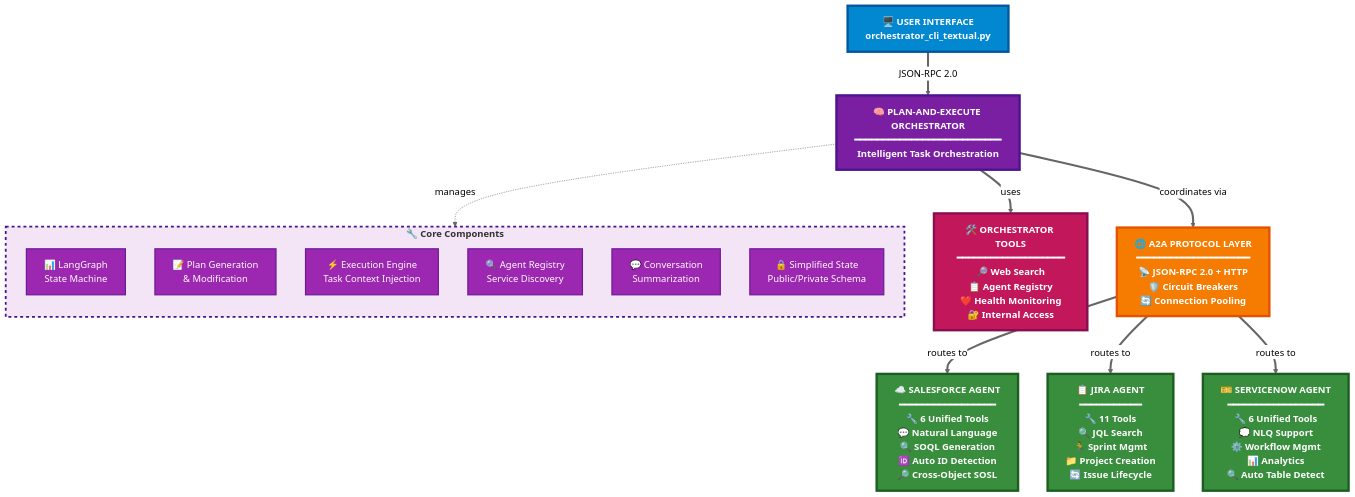
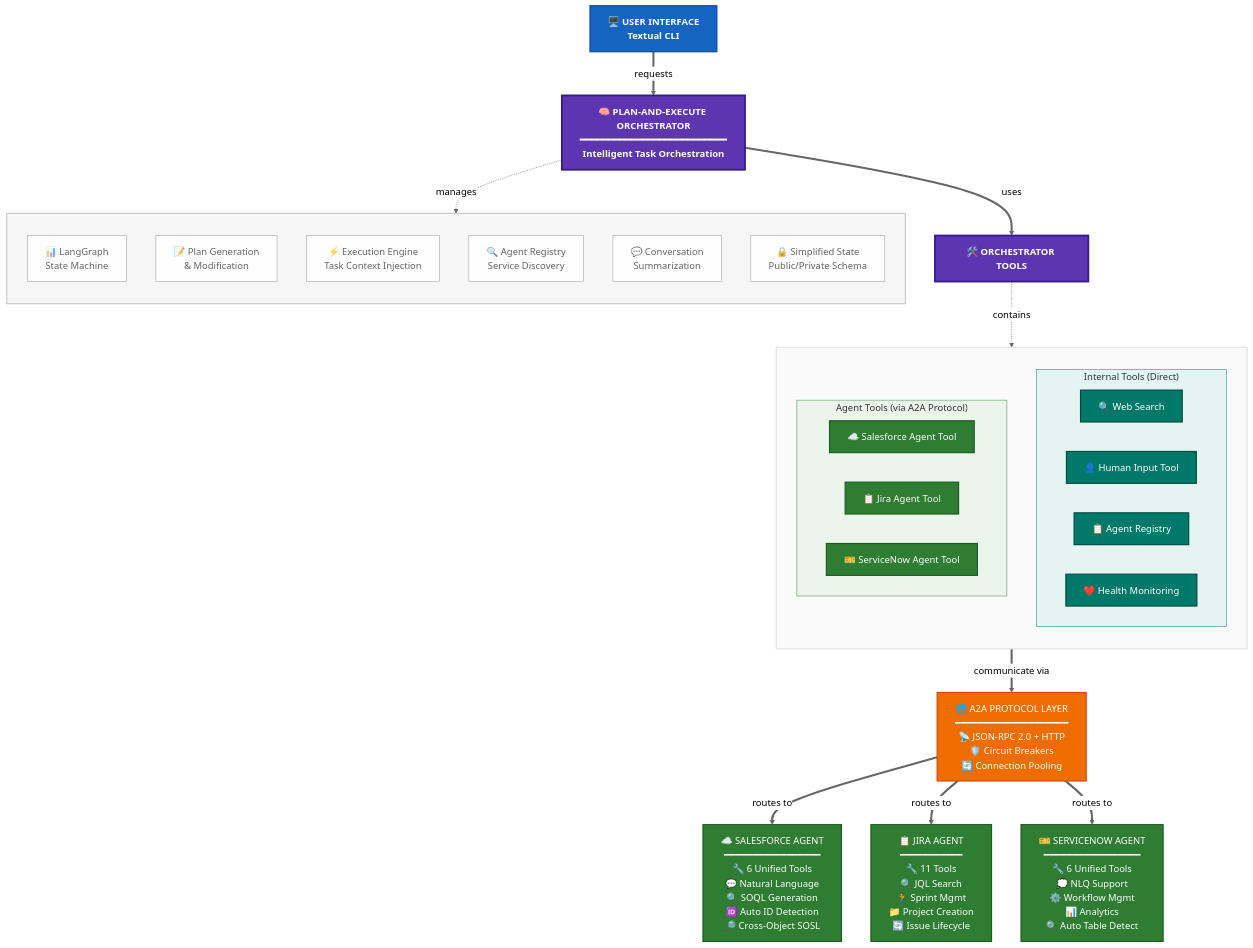
One commit to nickpeterson92/consultant-assistant changed the first of 3 diagrams in docs/guides/comprehensive-onboarding-guide.md. Above: the diagram before and after it, drawn with Mermaid (neutral theme). The commit also changed 1 other file, not shown here.

Commit message:
update main diagram

````diff
--- a/docs/guides/comprehensive-onboarding-guide.md
+++ b/docs/guides/comprehensive-onboarding-guide.md
@@ -242,46 +242,69 @@
 ```mermaid
 flowchart TB
-    %% Define styles with gradients and shadows for GitHub
-    classDef uiClass fill:#0288d1,stroke:#01579b,stroke-width:4px,color:#ffffff,font-weight:bold
-    classDef orchestratorClass fill:#7b1fa2,stroke:#4a148c,stroke-width:4px,color:#ffffff,font-weight:bold
-    classDef protocolClass fill:#f57c00,stroke:#e65100,stroke-width:4px,color:#ffffff,font-weight:bold
-    classDef agentClass fill:#388e3c,stroke:#1b5e20,stroke-width:4px,color:#ffffff,font-weight:bold
-    classDef toolClass fill:#c2185b,stroke:#880e4f,stroke-width:4px,color:#ffffff,font-weight:bold
-    classDef componentClass fill:#9c27b0,stroke:#6a1b9a,stroke-width:2px,color:#ffffff
+    %% Modern, sleek color scheme with better contrast
+    classDef uiClass fill:#1565c0,stroke:#0d47a1,stroke-width:2px,color:#ffffff,font-weight:bold
+    classDef orchestratorClass fill:#5e35b1,stroke:#311b92,stroke-width:3px,color:#ffffff,font-weight:bold
+    classDef protocolClass fill:#ef6c00,stroke:#d84315,stroke-width:2px,color:#ffffff
+    classDef agentToolClass fill:#2e7d32,stroke:#1b5e20,stroke-width:2px,color:#ffffff
+    classDef internalToolClass fill:#00796b,stroke:#004d40,stroke-width:2px,color:#ffffff
+    classDef componentClass fill:#ffffff,stroke:#9e9e9e,stroke-width:1px,color:#424242,opacity:0.9
     
-    %% User Interface Layer with icon
-    UI[🖥️ USER INTERFACE<br>orchestrator_cli_textual.py]:::uiClass
+    %% User Interface Layer
+    UI[🖥️ USER INTERFACE<br>Textual CLI]:::uiClass
     
-    %% Main flow with custom arrow
-    UI ==>|"JSON-RPC 2.0"| ORCH[🧠 PLAN-AND-EXECUTE ORCHESTRATOR<br>━━━━━━━━━━━━━━━━━━━━━━━━━━<br>Intelligent Task Orchestration]:::orchestratorClass
+    %% Main Orchestrator
+    UI ==>|"requests"| ORCH[🧠 PLAN-AND-EXECUTE ORCHESTRATOR<br>━━━━━━━━━━━━━━━━━━━━━━━━━━<br>Intelligent Task Orchestration]:::orchestratorClass
     
-    %% Orchestrator Components in styled subgraph
-    subgraph orchestrator["<b>🔧 Core Components</b>"]
+    %% Core Components with semi-transparent styling
+    subgraph components[" "]
         direction TB
         LG[📊 LangGraph<br>State Machine]:::componentClass
         PG[📝 Plan Generation<br>& Modification]:::componentClass
         EE[⚡ Execution Engine<br>Task Context Injection]:::componentClass
         AR[🔍 Agent Registry<br>Service Discovery]:::componentClass
         CS[💬 Conversation<br>Summarization]:::componentClass
         SS[🔒 Simplified State<br>Public/Private Schema]:::componentClass
     end
     
-    %% Orchestrator connections
-    ORCH -.->|manages| orchestrator
+    %% All Tools under one umbrella
+    ORCH ==>|"uses"| TOOLS[🛠️ ORCHESTRATOR TOOLS]:::orchestratorClass
     
-    %% Tools connection
-    ORCH ==>|"uses"| TOOLS[🛠️ ORCHESTRATOR TOOLS<br>━━━━━━━━━━━━━━━━━━━<br>🔎 Web Search<br>📋 Agent Registry<br>❤️ Health Monitoring<br>🔐 Internal Access]:::toolClass
+    %% Tools subgraph containing both types
+    subgraph tools[" "]
+        direction TB
+        
+        %% Internal Tools (Direct)
+        subgraph internal["Internal Tools (Direct)"]
+            WS[🔍 Web Search]:::internalToolClass
+            HI[👤 Human Input Tool]:::internalToolClass
+            REG[📋 Agent Registry]:::internalToolClass
+            HM[❤️ Health Monitoring]:::internalToolClass
+        end
+        
+        %% Agent Tools (via A2A)
+        subgraph agents["Agent Tools (via A2A Protocol)"]
+            SFT[☁️ Salesforce Agent Tool]:::agentToolClass
+            JT[📋 Jira Agent Tool]:::agentToolClass
+            SNT[🎫 ServiceNow Agent Tool]:::agentToolClass
+        end
+    end
     
-    %% Protocol Layer
-    ORCH ==>|"coordinates via"| PROTOCOL[🌐 A2A PROTOCOL LAYER<br>━━━━━━━━━━━━━━━━━━━━<br>📡 JSON-RPC 2.0 + HTTP<br>🛡️ Circuit Breakers<br>🔄 Connection Pooling]:::protocolClass
+    TOOLS -.->|contains| tools
     
-    %% Agents with rich formatting
-    PROTOCOL ==>|"routes to"| SF[☁️ SALESFORCE AGENT<br>━━━━━━━━━━━━━━━━━<br>🔧 6 Unified Tools<br>💬 Natural Language<br>🔍 SOQL Generation<br>🆔 Auto ID Detection<br>🔎 Cross-Object SOSL]:::agentClass
+    %% A2A Protocol connection from agent tools
+    agents ==>|"communicate via"| PROTOCOL[🌐 A2A PROTOCOL LAYER<br>━━━━━━━━━━━━━━━━━━━━<br>📡 JSON-RPC 2.0 + HTTP<br>🛡️ Circuit Breakers<br>🔄 Connection Pooling]:::protocolClass
     
-    PROTOCOL ==>|"routes to"| JIRA[📋 JIRA AGENT<br>━━━━━━━━━━━<br>🔧 11 Tools<br>🔍 JQL Search<br>🏃 Sprint Mgmt<br>📁 Project Creation<br>🔄 Issue Lifecycle]:::agentClass
+    %% Remote Agents
+    PROTOCOL ==>|"routes to"| SF[☁️ SALESFORCE AGENT<br>━━━━━━━━━━━━━━━━━<br>🔧 6 Unified Tools<br>💬 Natural Language<br>🔍 SOQL Generation<br>🆔 Auto ID Detection<br>🔎 Cross-Object SOSL]:::agentToolClass
     
-    PROTOCOL ==>|"routes to"| SN[🎫 SERVICENOW AGENT<br>━━━━━━━━━━━━━━━━━<br>🔧 6 Unified Tools<br>💭 NLQ Support<br>⚙️ Workflow Mgmt<br>📊 Analytics<br>🔍 Auto Table Detect]:::agentClass
+    PROTOCOL ==>|"routes to"| JIRA[📋 JIRA AGENT<br>━━━━━━━━━━━<br>🔧 11 Tools<br>🔍 JQL Search<br>🏃 Sprint Mgmt<br>📁 Project Creation<br>🔄 Issue Lifecycle]:::agentToolClass
     
-    %% Add some styling to the subgraph
-    style orchestrator fill:#f3e5f5,stroke:#4a148c,stroke-width:3px,stroke-dasharray: 5 5
+    PROTOCOL ==>|"routes to"| SN[🎫 SERVICENOW AGENT<br>━━━━━━━━━━━━━━━━━<br>🔧 6 Unified Tools<br>💭 NLQ Support<br>⚙️ Workflow Mgmt<br>📊 Analytics<br>🔍 Auto Table Detect]:::agentToolClass
+    
+    %% Styling adjustments
+    ORCH -.->|manages| components
+    style components fill:#f5f5f5,stroke:#bdbdbd,stroke-width:2px,opacity:0.8
+    style tools fill:#fafafa,stroke:#e0e0e0,stroke-width:2px,opacity:0.9
+    style internal fill:#e0f2f1,stroke:#00796b,stroke-width:1px,opacity:0.8
+    style agents fill:#e8f5e9,stroke:#2e7d32,stroke-width:1px,opacity:0.8
 ```
````
